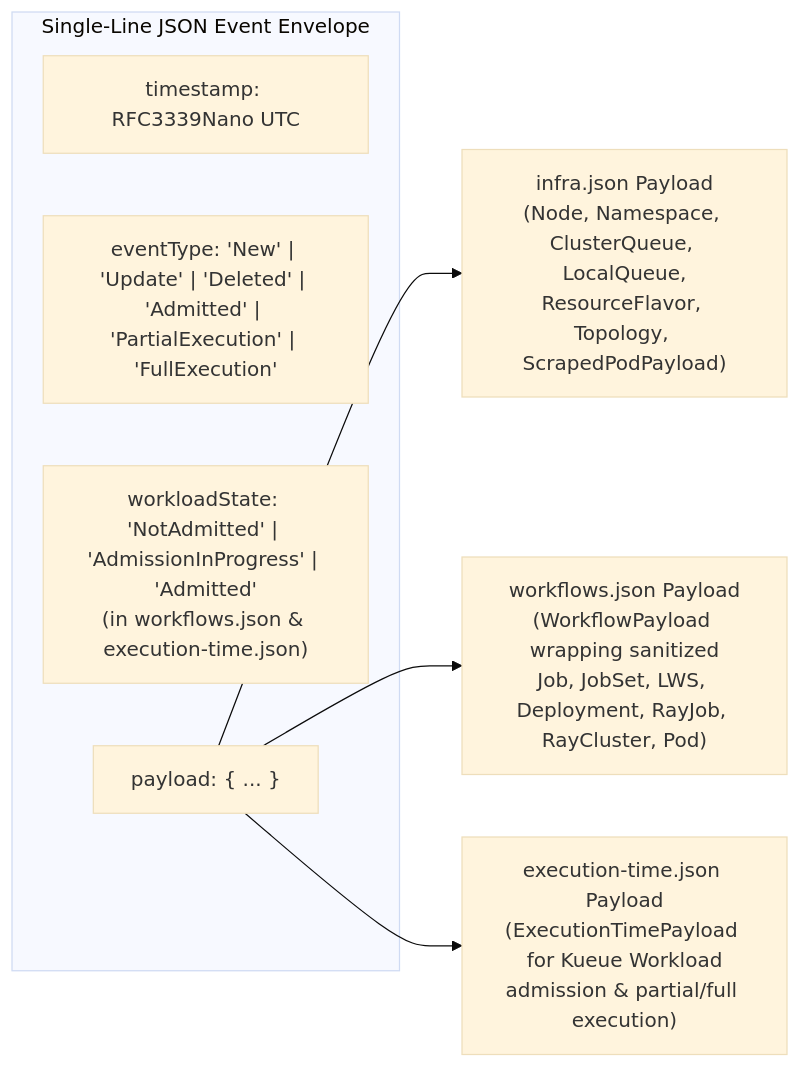
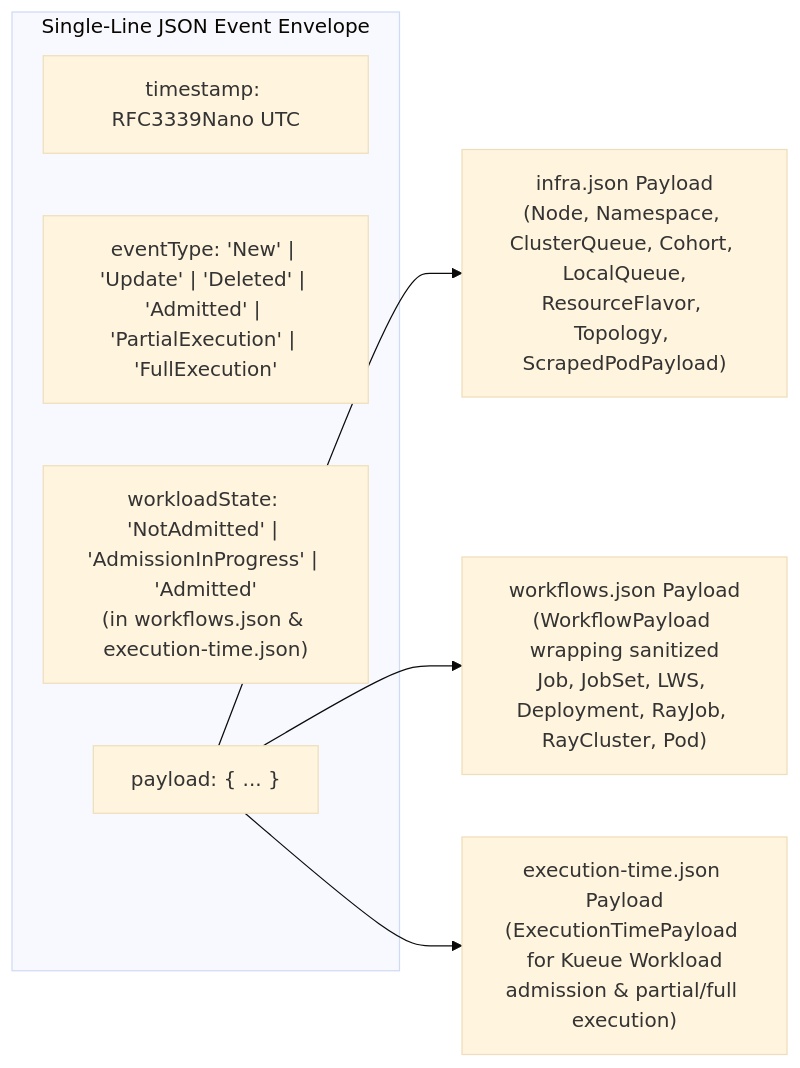
Before and after one commit to gke-labs/kueue-optimizer: the first of 3 diagrams in scraper/SCRAPER-SCHEMA.md, drawn with Mermaid (base theme). The commit also changed other lines of this file and 5 other files, not shown here.

First line of the commit message:
Scrape Kueue Cohort resources as cluster infrastructure

````diff
--- a/scraper/SCRAPER-SCHEMA.md
+++ b/scraper/SCRAPER-SCHEMA.md
@@ -78,12 +78,12 @@
 ```mermaid
 flowchart LR
     subgraph Envelope["Single-Line JSON Event Envelope"]
         TS["timestamp: RFC3339Nano UTC"]
         ET["eventType: 'New' | 'Update' | 'Deleted' | 'Admitted' | 'PartialExecution' | 'FullExecution'"]
         WS["workloadState: 'NotAdmitted' | 'AdmissionInProgress' | 'Admitted'\n(in workflows.json & execution-time.json)"]
         PL["payload: { ... }"]
     end
-    PL --> Infra["infra.json Payload\n(Node, Namespace, ClusterQueue, LocalQueue,\nResourceFlavor, Topology, ScrapedPodPayload)"]
+    PL --> Infra["infra.json Payload\n(Node, Namespace, ClusterQueue, Cohort, LocalQueue,\nResourceFlavor, Topology, ScrapedPodPayload)"]
     PL --> Workflows["workflows.json Payload\n(WorkflowPayload wrapping sanitized\nJob, JobSet, LWS, Deployment, RayJob, RayCluster, Pod)"]
     PL --> ExecTime["execution-time.json Payload\n(ExecutionTimePayload for Kueue Workload\nadmission & partial/full execution)"]
 ```
````
